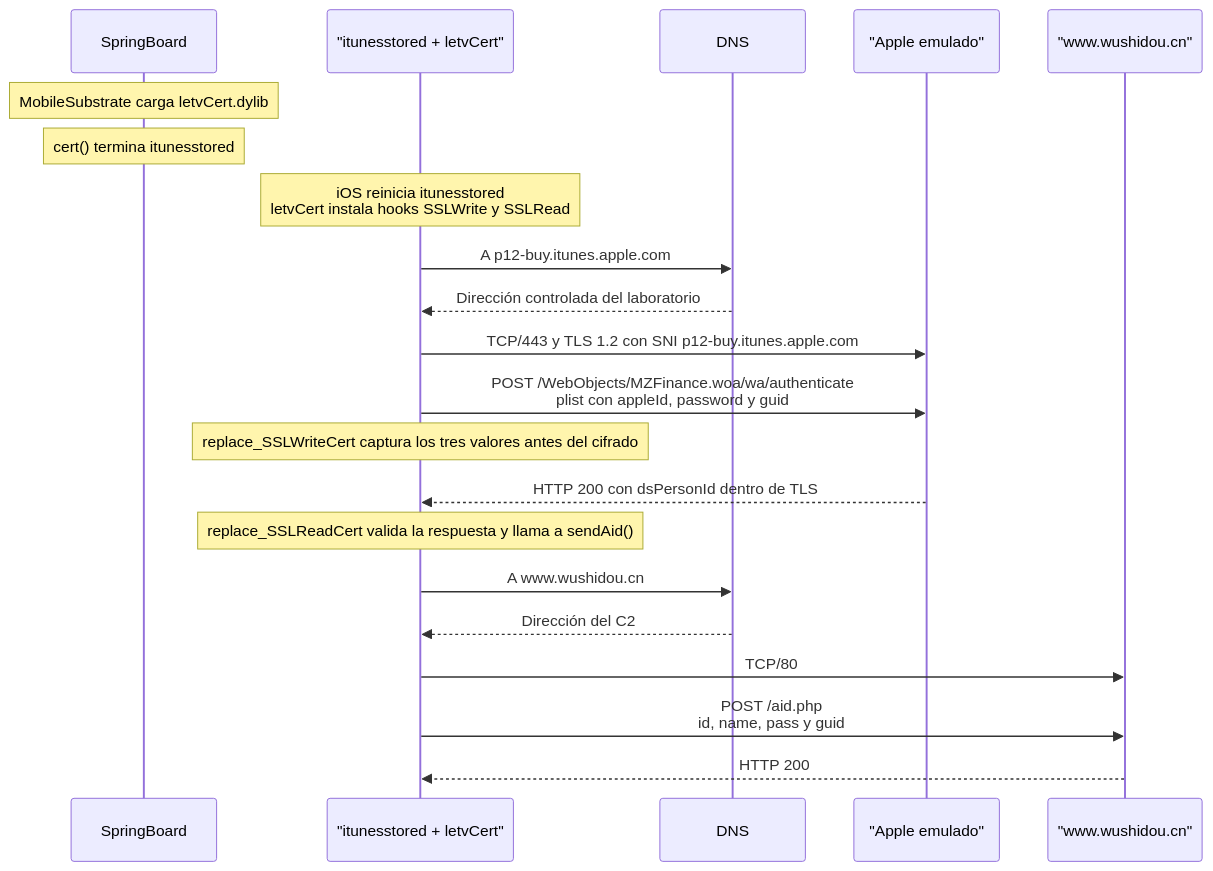
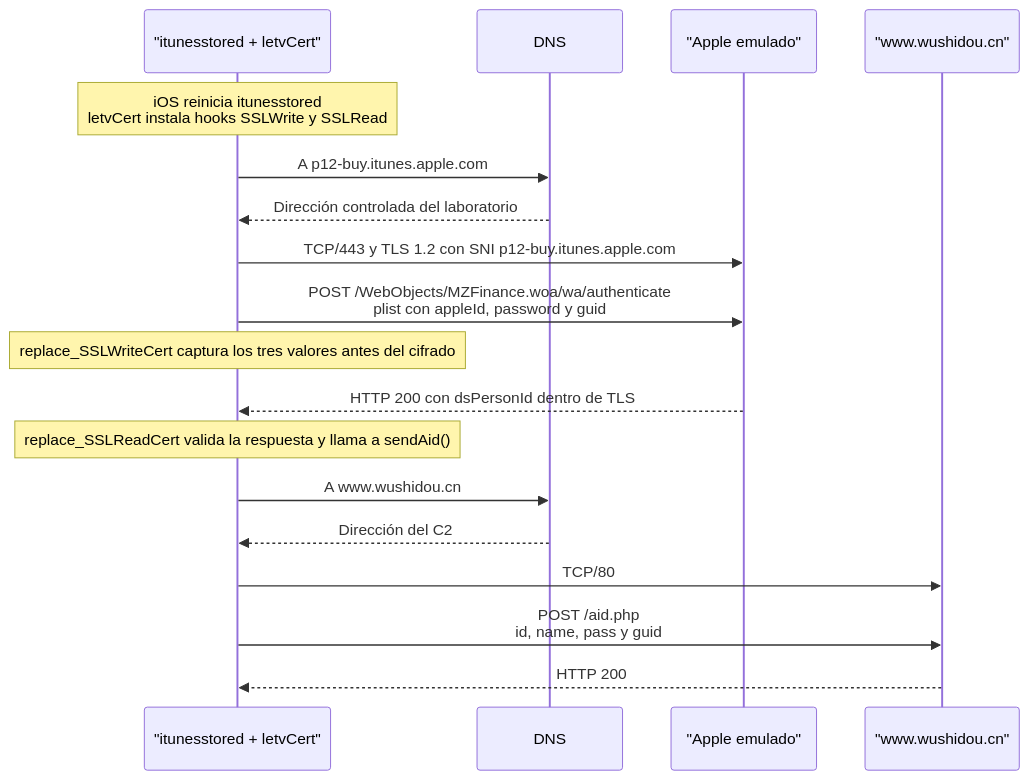
The diagram in Documentos/Markdowns/S0288-KeyRaider.md (Juan-dpa/MITRE-Mobile-Network-Detection-Analysis), drawn with Mermaid before and after one commit. The commit also changed other lines of this file and 6 other files, not shown here.

````diff
--- a/Documentos/Markdowns/S0288-KeyRaider.md
+++ b/Documentos/Markdowns/S0288-KeyRaider.md
@@ -210,26 +209,23 @@
 ```mermaid
 sequenceDiagram
-    participant SB as SpringBoard
     participant IT as "itunesstored + letvCert"
     participant DNS as DNS
     participant AP as "Apple emulado"
     participant C2 as "www.wushidou.cn"
 
-    Note over SB: MobileSubstrate carga letvCert.dylib
-    Note over SB: cert() termina itunesstored
     Note over IT: iOS reinicia itunesstored<br/>letvCert instala hooks SSLWrite y SSLRead
 
     IT->>DNS: A p12-buy.itunes.apple.com
     DNS-->>IT: Dirección controlada del laboratorio
     IT->>AP: TCP/443 y TLS 1.2 con SNI p12-buy.itunes.apple.com
     IT->>AP: POST /WebObjects/MZFinance.woa/wa/authenticate<br/>plist con appleId, password y guid
     Note over IT: replace_SSLWriteCert captura los tres valores antes del cifrado
     AP-->>IT: HTTP 200 con dsPersonId dentro de TLS
     Note over IT: replace_SSLReadCert valida la respuesta y llama a sendAid()
 
     IT->>DNS: A www.wushidou.cn
     DNS-->>IT: Dirección del C2
     IT->>C2: TCP/80
     IT->>C2: POST /aid.php<br/>id, name, pass y guid
     C2-->>IT: HTTP 200
 ```
````
